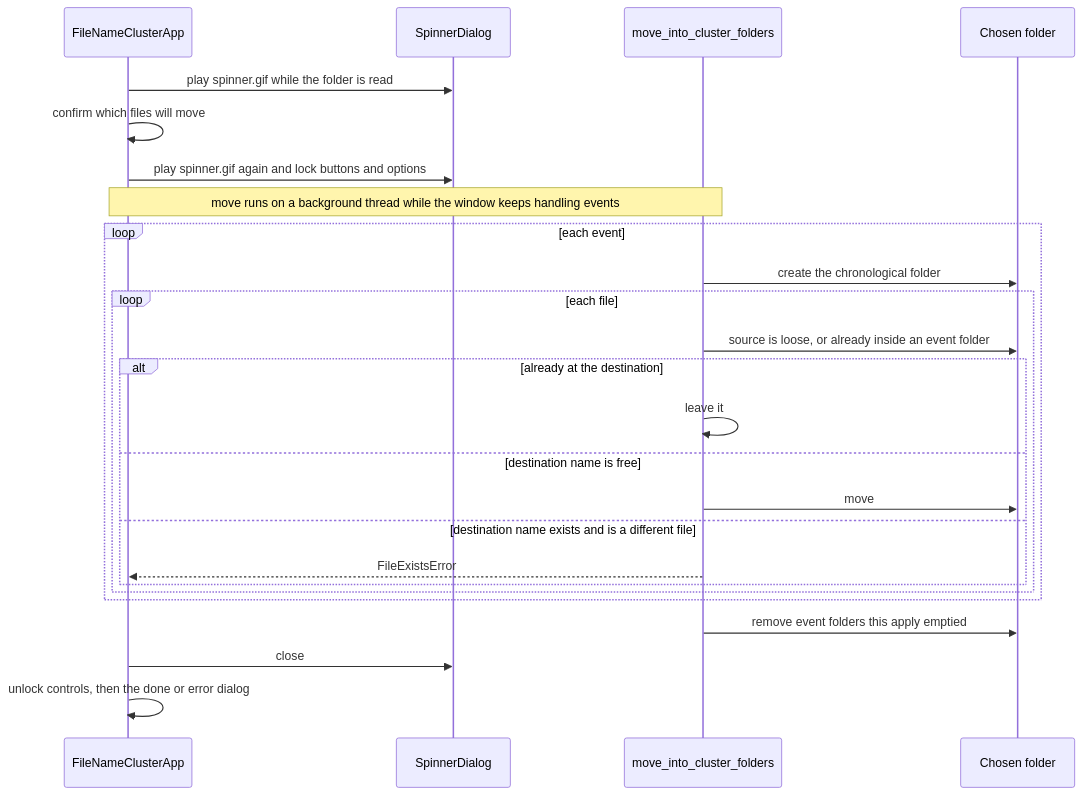
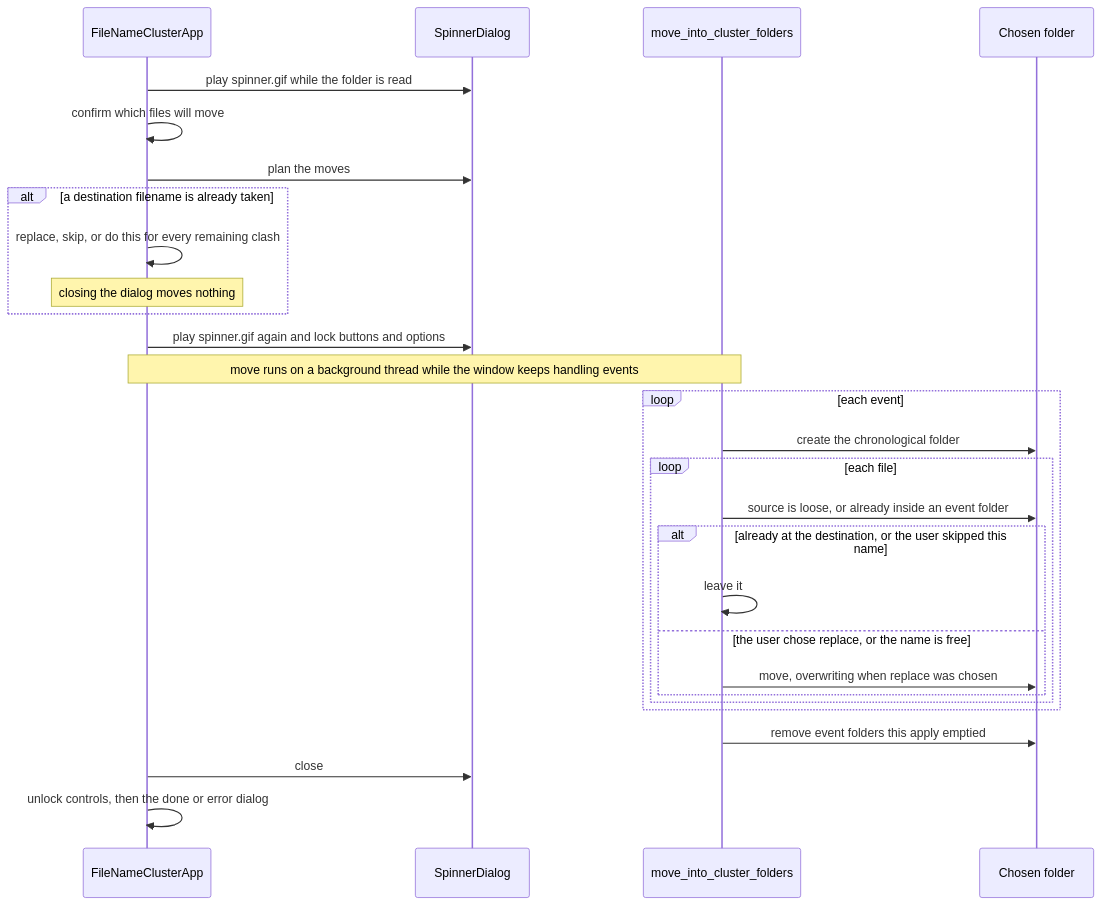
Before and after one commit to rvcgeeks/filenamecluster: the fifth of 5 diagrams in docs/architecture.md, drawn with Mermaid. The commit also changed other lines of this file and 56 other files, not shown here.

````diff
--- a/docs/architecture.md
+++ b/docs/architecture.md
@@ -275,28 +276,31 @@
 ```mermaid
 sequenceDiagram
     participant App as FileNameClusterApp
     participant Spin as SpinnerDialog
     participant Move as move_into_cluster_folders
     participant Disk as Chosen folder
 
     App->>Spin: play spinner.gif while the folder is read
     App->>App: confirm which files will move
+    App->>Spin: plan the moves
+    alt a destination filename is already taken
+        App->>App: replace, skip, or do this for every remaining clash
+        Note over App: closing the dialog moves nothing
+    end
     App->>Spin: play spinner.gif again and lock buttons and options
     Note over App,Move: move runs on a background thread while the window keeps handling events
     loop each event
         Move->>Disk: create the chronological folder
         loop each file
             Move->>Disk: source is loose, or already inside an event folder
-            alt already at the destination
+            alt already at the destination, or the user skipped this name
                 Move->>Move: leave it
-            else destination name is free
-                Move->>Disk: move
-            else destination name exists and is a different file
-                Move-->>App: FileExistsError
+            else the user chose replace, or the name is free
+                Move->>Disk: move, overwriting when replace was chosen
             end
         end
     end
     Move->>Disk: remove event folders this apply emptied
     App->>Spin: close
     App->>App: unlock controls, then the done or error dialog
 ```
````
